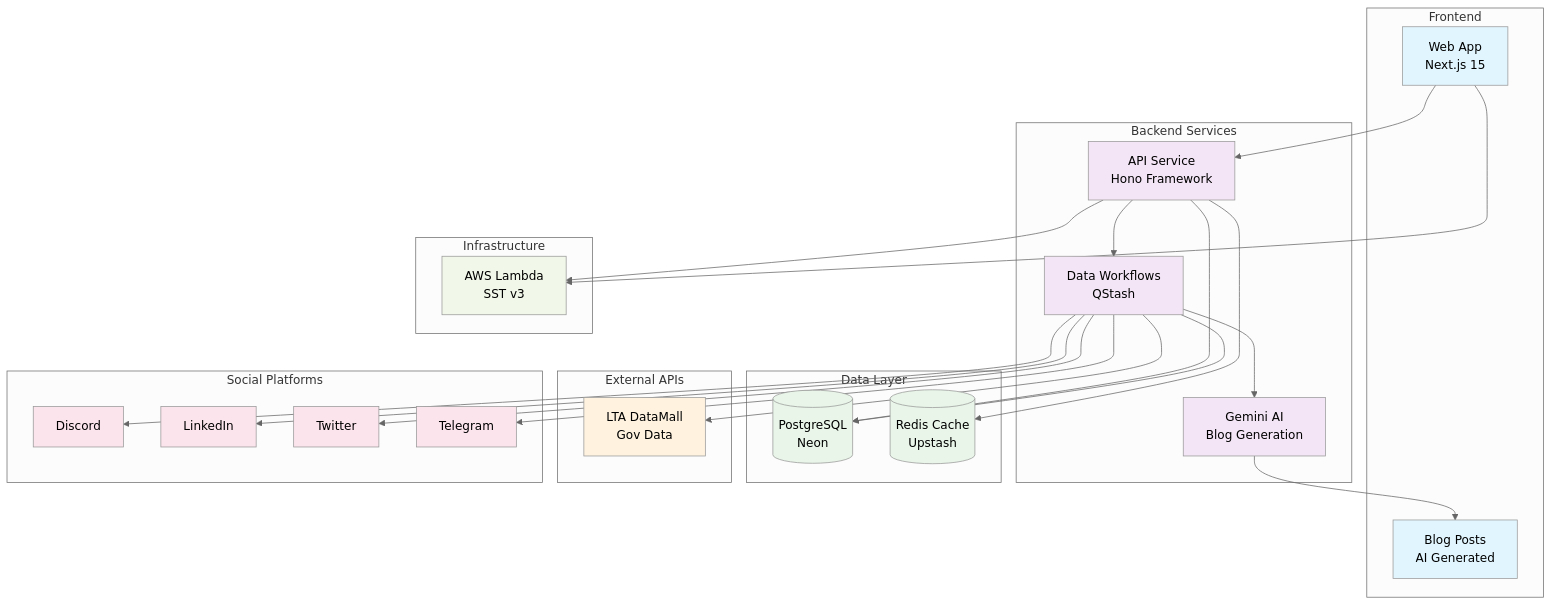
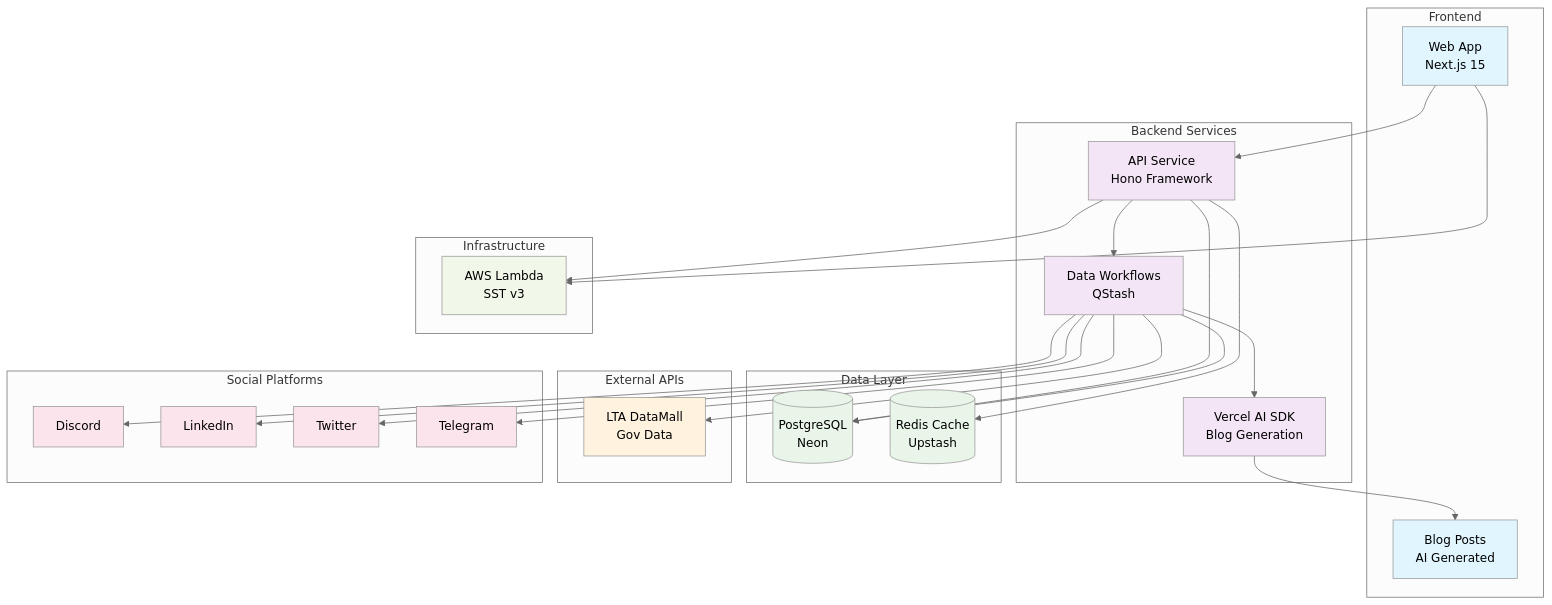
Before and after one commit to sgcarstrends/sgcarstrends: the diagram in README.md, drawn with Mermaid (neutral theme). The commit also changed other lines of this file and 10 other files, not shown here.

Commit message:
docs: update for Vercel AI SDK migration

````diff
--- a/README.md
+++ b/README.md
@@ -19,65 +19,65 @@
 ```mermaid
 graph TB
     subgraph "Frontend"
         WEB[Web App<br/>Next.js 15]
         BLOG[Blog Posts<br/>AI Generated]
     end
     
     subgraph "Backend Services"
         API[API Service<br/>Hono Framework]
         WORKFLOWS[Data Workflows<br/>QStash]
-        LLM[Gemini AI<br/>Blog Generation]
+        LLM[Vercel AI SDK<br/>Blog Generation]
     end
     
     subgraph "Data Layer"
         DB[(PostgreSQL<br/>Neon)]
         REDIS[(Redis Cache<br/>Upstash)]
     end
     
     subgraph "External APIs"
         LTA[LTA DataMall<br/>Gov Data]
     end
     
     subgraph "Social Platforms"
         DISCORD[Discord]
         LINKEDIN[LinkedIn]
         TWITTER[Twitter]
         TELEGRAM[Telegram]
     end
     
     subgraph "Infrastructure"
         AWS[AWS Lambda<br/>SST v3]
     end
     
     WEB --> API
     API --> DB
     API --> REDIS
     API --> WORKFLOWS
     
     WORKFLOWS --> LTA
     WORKFLOWS --> DB
     WORKFLOWS --> LLM
     LLM --> BLOG
     
     WORKFLOWS --> DISCORD
     WORKFLOWS --> LINKEDIN  
     WORKFLOWS --> TWITTER
     WORKFLOWS --> TELEGRAM
     
     API --> AWS
     WEB --> AWS
     
     classDef frontend fill:#e1f5fe
     classDef backend fill:#f3e5f5
     classDef data fill:#e8f5e8
     classDef external fill:#fff3e0
     classDef social fill:#fce4ec
     classDef infra fill:#f1f8e9
     
     class WEB,BLOG frontend
     class API,WORKFLOWS,LLM backend
     class DB,REDIS data
     class LTA external
     class DISCORD,LINKEDIN,TWITTER,TELEGRAM social
     class AWS infra
 ```
````
